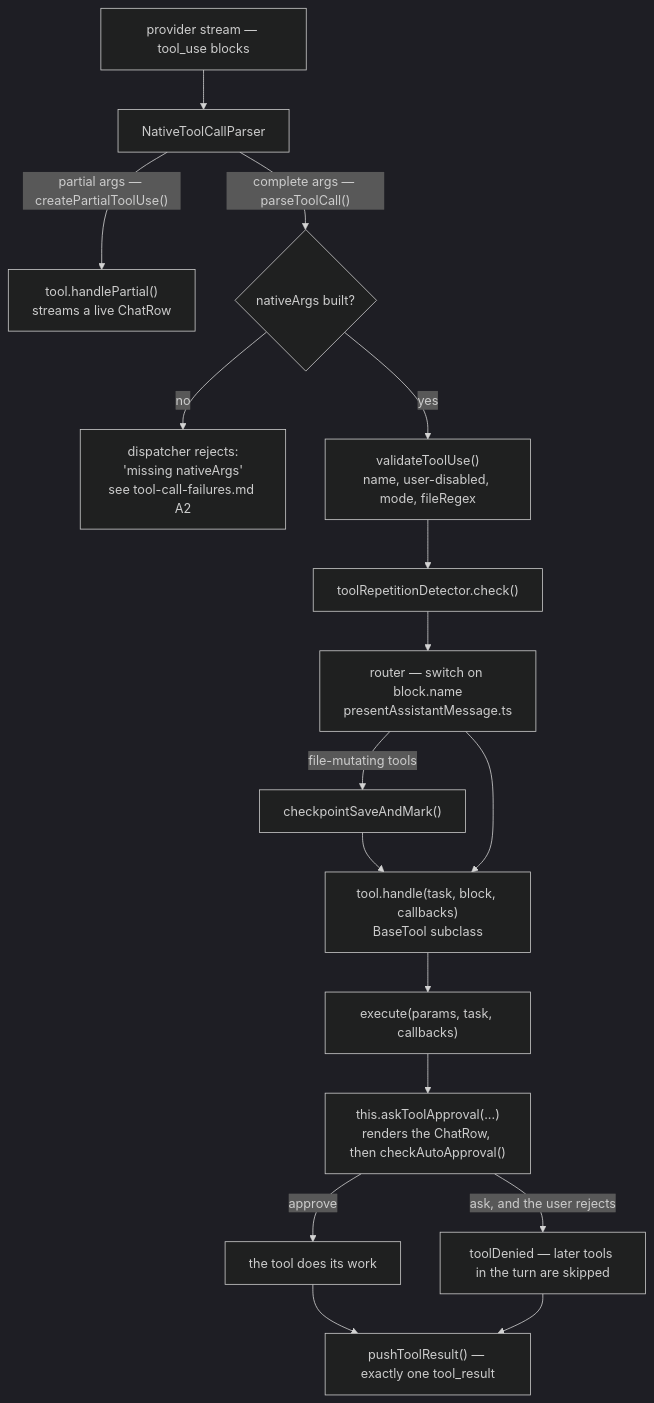
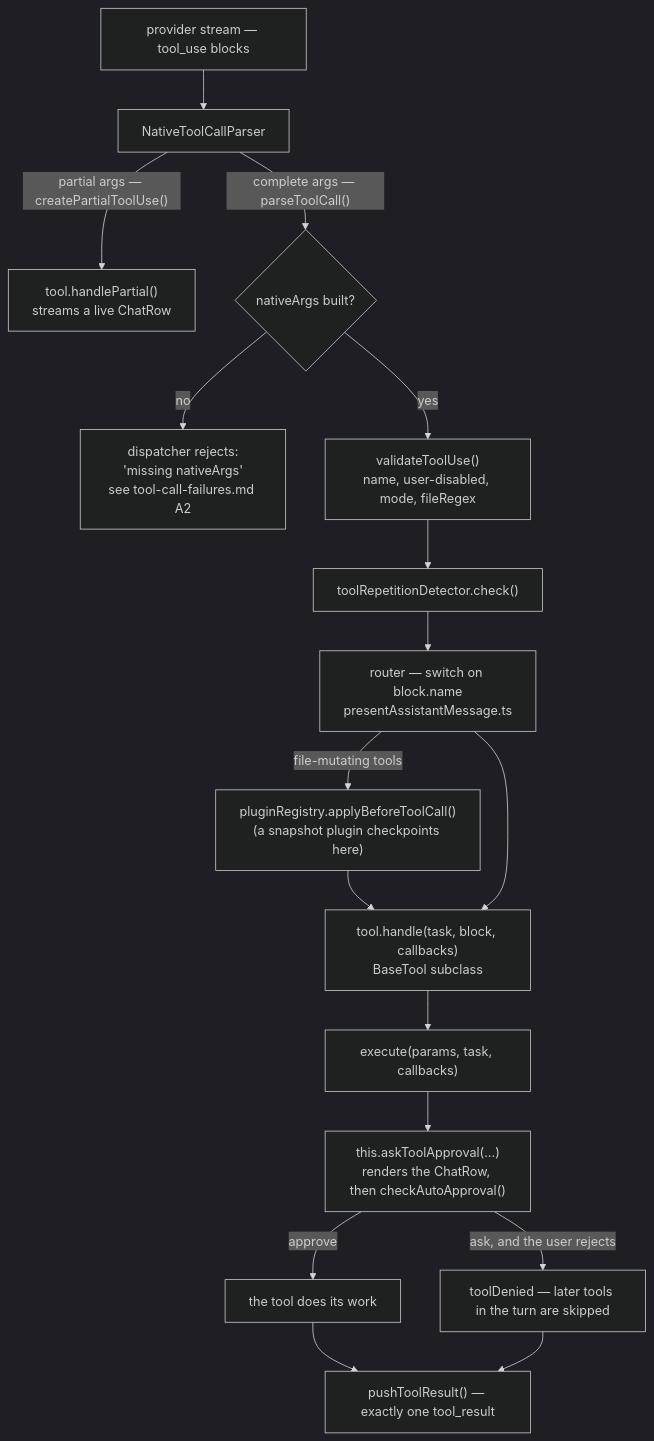
The first of 3 diagrams in docs/native_tools.md (shofer-dev/shofer), drawn with Mermaid (dark theme) before and after one commit. The commit also changed 166 other files, not shown here.

````diff
--- a/docs/native_tools.md
+++ b/docs/native_tools.md
@@ -17,19 +17,19 @@
 ```mermaid
 flowchart TD
     STREAM["provider stream — tool_use blocks"] --> P["NativeToolCallParser"]
     P -->|"partial args — createPartialToolUse()"| HP["tool.handlePartial()<br/>streams a live ChatRow"]
     P -->|"complete args — parseToolCall()"| NA{"nativeArgs built?"}
     NA -->|no| REJ["dispatcher rejects:<br/>'missing nativeArgs'<br/>see tool-call-failures.md A2"]
     NA -->|yes| VAL["validateToolUse()<br/>name, user-disabled, mode, fileRegex"]
     VAL --> REP["toolRepetitionDetector.check()"]
     REP --> ROUTE["router — switch on block.name<br/>presentAssistantMessage.ts"]
-    ROUTE -->|"file-mutating tools"| CP["checkpointSaveAndMark()"]
+    ROUTE -->|"file-mutating tools"| CP["pluginRegistry.applyBeforeToolCall()<br/>(a snapshot plugin checkpoints here)"]
     CP --> H
     ROUTE --> H["tool.handle(task, block, callbacks)<br/>BaseTool subclass"]
     H --> EX["execute(params, task, callbacks)"]
     EX --> AP["this.askToolApproval(...)<br/>renders the ChatRow, then checkAutoApproval()"]
     AP -->|approve| WORK["the tool does its work"]
     AP -->|"ask, and the user rejects"| DEN["toolDenied — later tools in the turn are skipped"]
     WORK --> RES["pushToolResult() — exactly one tool_result"]
     DEN --> RES
 ```
````
